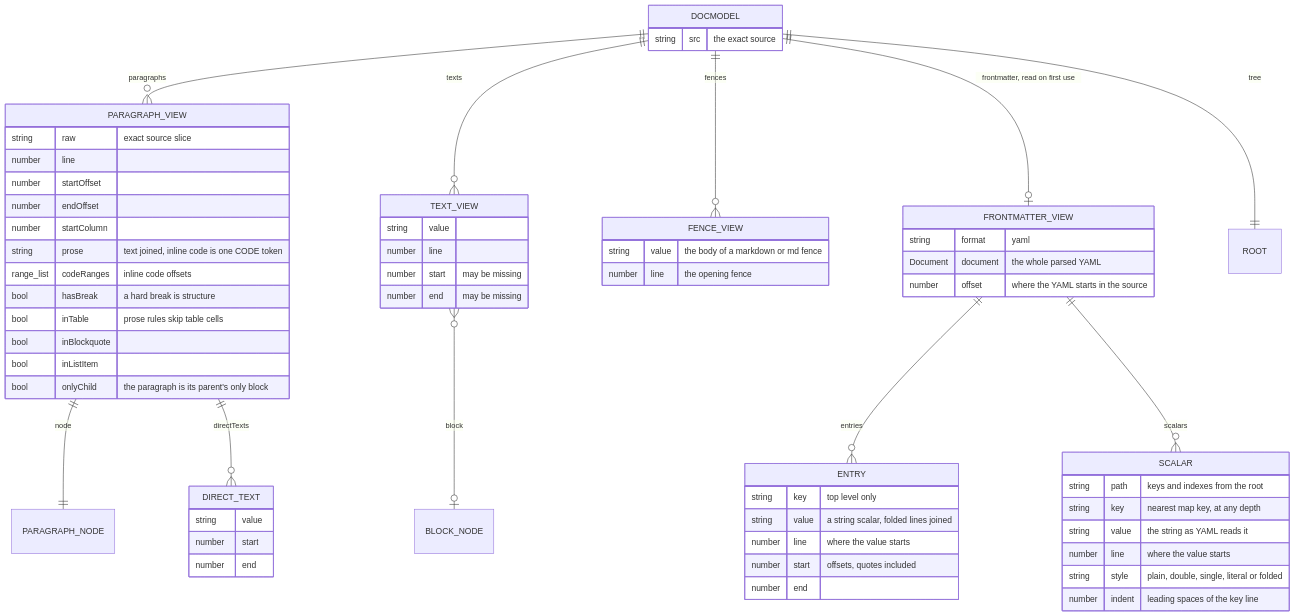
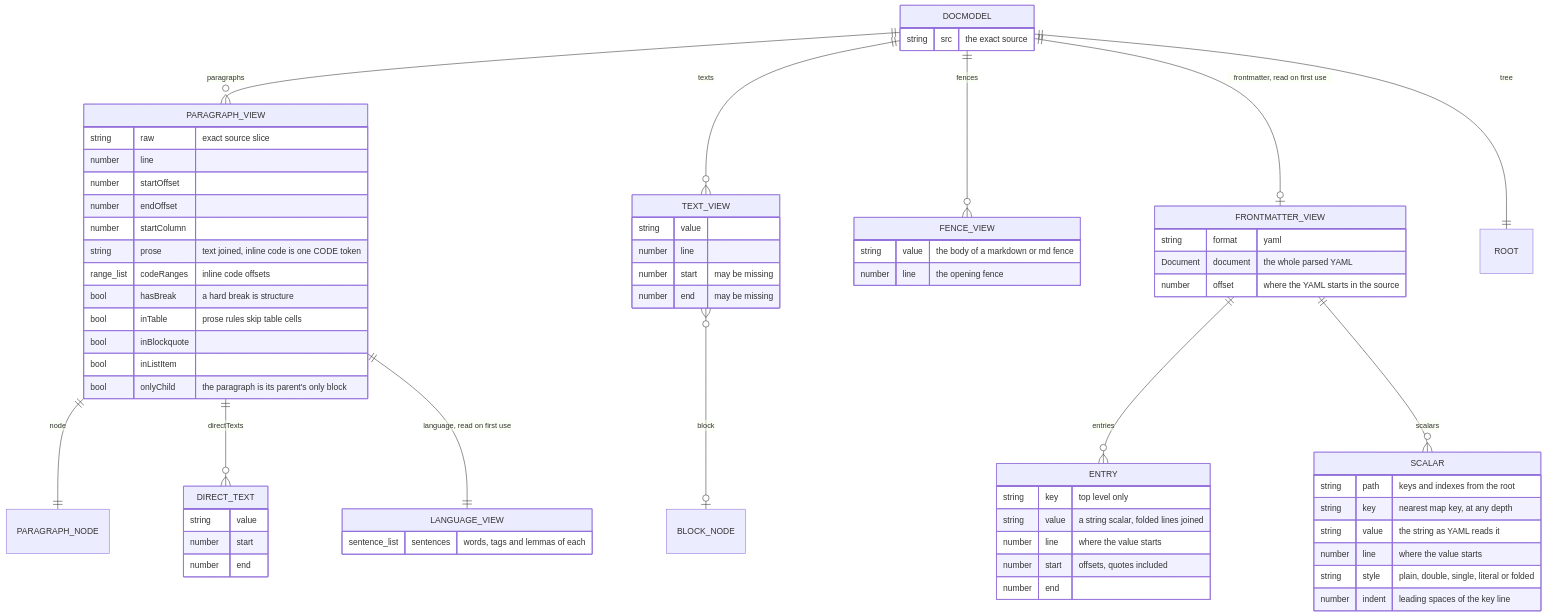
The second of 7 diagrams in docs/engines.md (jpeakai/jpai-prose-gates), drawn with Mermaid before and after one commit. The commit also changed other lines of this file and 163 other files, not shown here.

First line of the commit message:
feat: paragraph sentence budget, glossary concepts, and agent evals

````diff
--- a/docs/engines.md
+++ b/docs/engines.md
@@ -88,66 +88,70 @@
 ```mermaid
 erDiagram
     DOCMODEL ||--o{ PARAGRAPH_VIEW : paragraphs
     DOCMODEL ||--o{ TEXT_VIEW : texts
     DOCMODEL ||--o{ FENCE_VIEW : fences
     DOCMODEL ||--o| FRONTMATTER_VIEW : "frontmatter, read on first use"
     DOCMODEL ||--|| ROOT : tree
     PARAGRAPH_VIEW ||--|| PARAGRAPH_NODE : node
     PARAGRAPH_VIEW ||--o{ DIRECT_TEXT : directTexts
+    PARAGRAPH_VIEW ||--|| LANGUAGE_VIEW : "language, read on first use"
     TEXT_VIEW }o--o| BLOCK_NODE : block
     FRONTMATTER_VIEW ||--o{ ENTRY : entries
     FRONTMATTER_VIEW ||--o{ SCALAR : scalars
 
     DOCMODEL {
         string src "the exact source"
     }
     PARAGRAPH_VIEW {
         string raw "exact source slice"
         number line
         number startOffset
         number endOffset
         number startColumn
         string prose "text joined, inline code is one CODE token"
         range_list codeRanges "inline code offsets"
         bool hasBreak "a hard break is structure"
         bool inTable "prose rules skip table cells"
         bool inBlockquote
         bool inListItem
         bool onlyChild "the paragraph is its parent's only block"
+    }
+    LANGUAGE_VIEW {
+        sentence_list sentences "words, tags and lemmas of each"
     }
     DIRECT_TEXT {
         string value
         number start
         number end
     }
     TEXT_VIEW {
         string value
         number line
         number start "may be missing"
         number end "may be missing"
     }
     FENCE_VIEW {
         string value "the body of a markdown or md fence"
         number line "the opening fence"
     }
     FRONTMATTER_VIEW {
         string format "yaml"
         Document document "the whole parsed YAML"
         number offset "where the YAML starts in the source"
     }
     SCALAR {
         string path "keys and indexes from the root"
         string key "nearest map key, at any depth"
         string value "the string as YAML reads it"
         number line "where the value starts"
         string style "plain, double, single, literal or folded"
         number indent "leading spaces of the key line"
     }
     ENTRY {
         string key "top level only"
         string value "a string scalar, folded lines joined"
         number line "where the value starts"
         number start "offsets, quotes included"
         number end
     }
 ```
````
